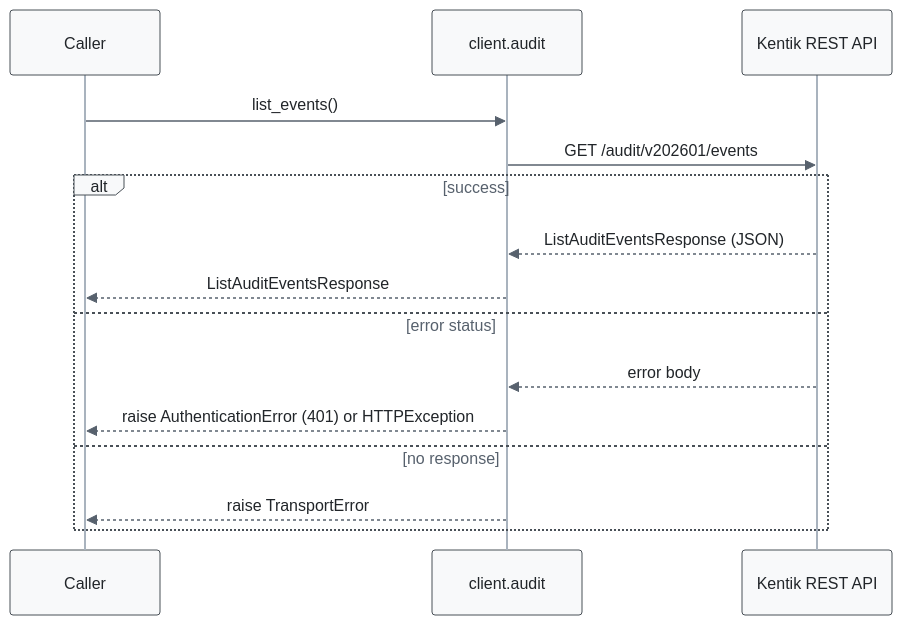
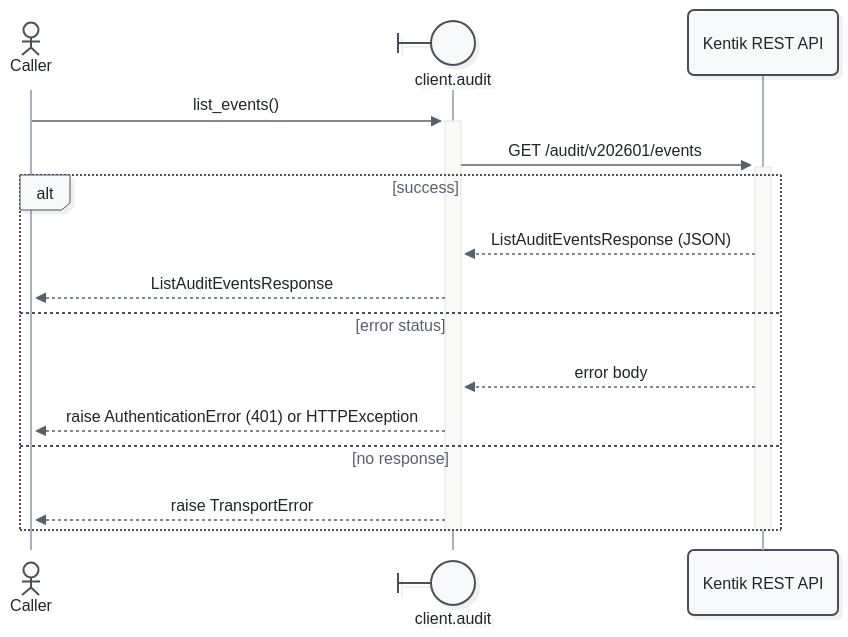
The first of 7 diagrams in docs/sphinx/services/audit.md (alexdearaujo/community_sdk_python), drawn with Mermaid before and after one commit. The commit also changed other lines of this file and 52 other files, not shown here.

First line of the commit message:
docs: Mermaid 12 sequence diagrams with participant types and path colors

````diff
--- a/docs/sphinx/services/audit.md
+++ b/docs/sphinx/services/audit.md
@@ -33,19 +33,21 @@
 ```mermaid
-%%{init: {"theme": "base", "fontFamily": "ui-monospace, SFMono-Regular, Menlo, monospace", "themeVariables": {"fontFamily": "ui-monospace, SFMono-Regular, Menlo, monospace", "primaryColor": "#f8f9fa", "primaryBorderColor": "#495057", "primaryTextColor": "#212529", "textColor": "#212529", "lineColor": "#77818c", "edgeLabelBackground": "#ffffff", "actorBkg": "#f8f9fa", "actorBorder": "#495057", "actorTextColor": "#212529", "actorLineColor": "#a9b3be", "signalColor": "#57616d", "signalTextColor": "#212529", "labelBoxBkgColor": "#f8f9fa", "labelBoxBorderColor": "#495057", "labelTextColor": "#212529", "loopTextColor": "#57616d", "noteBkgColor": "#fff9db", "noteBorderColor": "#f08c00", "noteTextColor": "#a35a00"}, "flowchart": {"curve": "step", "nodeSpacing": 30, "rankSpacing": 70, "wrappingWidth": 400}}}%%
+%%{init: {"theme": "redux", "look": "neo", "layout": "dagre", "fontFamily": "ui-monospace, SFMono-Regular, Menlo, monospace", "themeVariables": {"fontFamily": "ui-monospace, SFMono-Regular, Menlo, monospace", "primaryColor": "#f8f9fa", "primaryBorderColor": "#495057", "primaryTextColor": "#212529", "textColor": "#212529", "lineColor": "#77818c", "edgeLabelBackground": "#ffffff", "actorBkg": "#f8f9fa", "actorBorder": "#495057", "actorTextColor": "#212529", "actorLineColor": "#a9b3be", "signalColor": "#57616d", "signalTextColor": "#212529", "labelBoxBkgColor": "#f8f9fa", "labelBoxBorderColor": "#495057", "labelTextColor": "#212529", "loopTextColor": "#57616d", "noteBkgColor": "#fff9db", "noteBorderColor": "#f08c00", "noteTextColor": "#a35a00"}, "sequence": {"activationWidth": 16}, "flowchart": {"curve": "step", "nodeSpacing": 30, "rankSpacing": 70, "wrappingWidth": 400}}}%%
 sequenceDiagram
-    participant C as Caller
-    participant W as client.audit
+    actor C as Caller
+    participant W@{ "type": "boundary" } as client.audit
     participant API as Kentik REST API
 
-    C->>W: list_events()
-    W->>API: GET /audit/v202601/events
+    C->>+W: list_events()
+    W->>+API: GET /audit/v202601/events
     alt success
         API-->>W: ListAuditEventsResponse (JSON)
         W-->>C: ListAuditEventsResponse
     else error status
         API-->>W: error body
         W-->>C: raise AuthenticationError (401) or HTTPException
     else no response
         W-->>C: raise TransportError
     end
+    deactivate API
+    deactivate W
 ```
````
